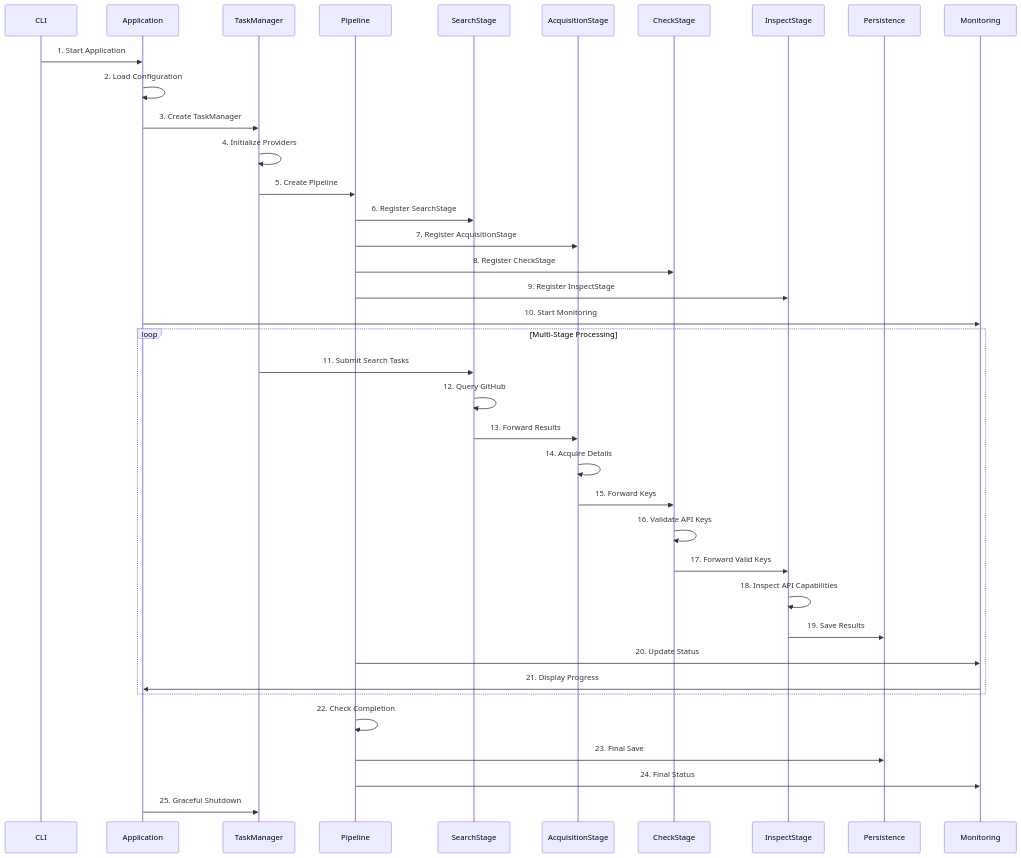
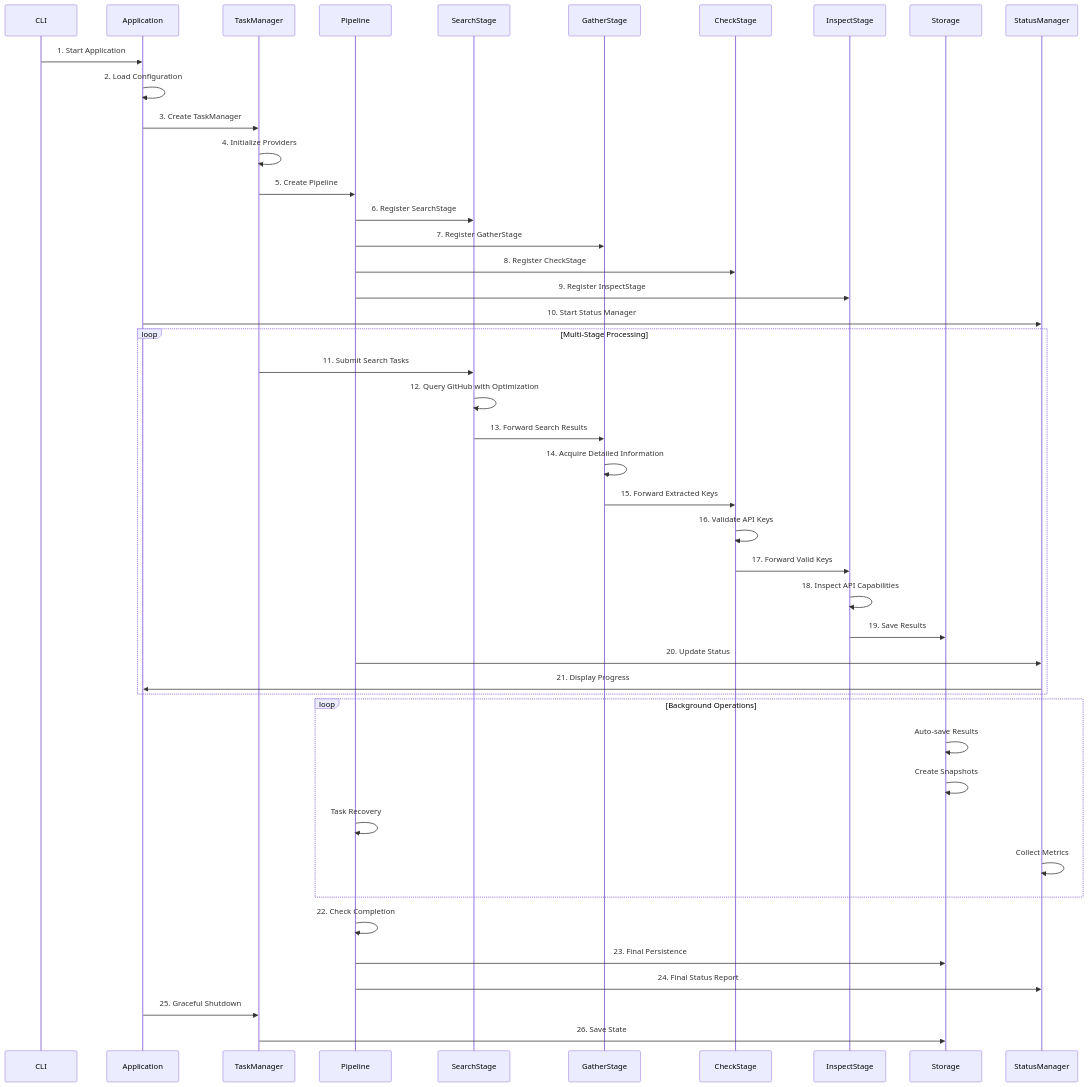
The third of 3 diagrams in README.md (nosift/harvester), drawn with Mermaid before and after one commit. The commit also changed other lines of this file and 4 other files, not shown here.

````diff
--- a/README.md
+++ b/README.md
@@ -299,50 +318,59 @@
 ```mermaid
 sequenceDiagram
     participant CLI as CLI
     participant App as Application
     participant TM as TaskManager
     participant Pipeline as Pipeline
     participant Search as SearchStage
-    participant Acquisition as AcquisitionStage
+    participant Gather as GatherStage
     participant Check as CheckStage
     participant Inspect as InspectStage
-    participant Persist as Persistence
-    participant Monitor as Monitoring
+    participant Storage as Storage
+    participant Monitor as StatusManager
 
     %% Initialization Phase
     CLI->>App: 1. Start Application
     App->>App: 2. Load Configuration
     App->>TM: 3. Create TaskManager
     TM->>TM: 4. Initialize Providers
     TM->>Pipeline: 5. Create Pipeline
     Pipeline->>Search: 6. Register SearchStage
-    Pipeline->>Acquisition: 7. Register AcquisitionStage
+    Pipeline->>Gather: 7. Register GatherStage
     Pipeline->>Check: 8. Register CheckStage
     Pipeline->>Inspect: 9. Register InspectStage
-    App->>Monitor: 10. Start Monitoring
+    App->>Monitor: 10. Start Status Manager
 
     %% Processing Phase
     loop Multi-Stage Processing
         TM->>Search: 11. Submit Search Tasks
-        Search->>Search: 12. Query GitHub
-        Search->>Acquisition: 13. Forward Results
-        
-        Acquisition->>Acquisition: 14. Acquire Details
-        Acquisition->>Check: 15. Forward Keys
-        
+        Search->>Search: 12. Query GitHub with Optimization
+        Search->>Gather: 13. Forward Search Results
+
+        Gather->>Gather: 14. Acquire Detailed Information
+        Gather->>Check: 15. Forward Extracted Keys
+
         Check->>Check: 16. Validate API Keys
         Check->>Inspect: 17. Forward Valid Keys
-        
+
         Inspect->>Inspect: 18. Inspect API Capabilities
-        Inspect->>Persist: 19. Save Results
-        
+        Inspect->>Storage: 19. Save Results
+
         Pipeline->>Monitor: 20. Update Status
         Monitor->>App: 21. Display Progress
     end
 
+    %% Recovery and Persistence
+    loop Background Operations
+        Storage->>Storage: Auto-save Results
+        Storage->>Storage: Create Snapshots
+        Pipeline->>Pipeline: Task Recovery
+        Monitor->>Monitor: Collect Metrics
+    end
+
     %% Completion Phase
     Pipeline->>Pipeline: 22. Check Completion
-    Pipeline->>Persist: 23. Final Save
-    Pipeline->>Monitor: 24. Final Status
+    Pipeline->>Storage: 23. Final Persistence
+    Pipeline->>Monitor: 24. Final Status Report
     App->>TM: 25. Graceful Shutdown
+    TM->>Storage: 26. Save State
 ```
````
